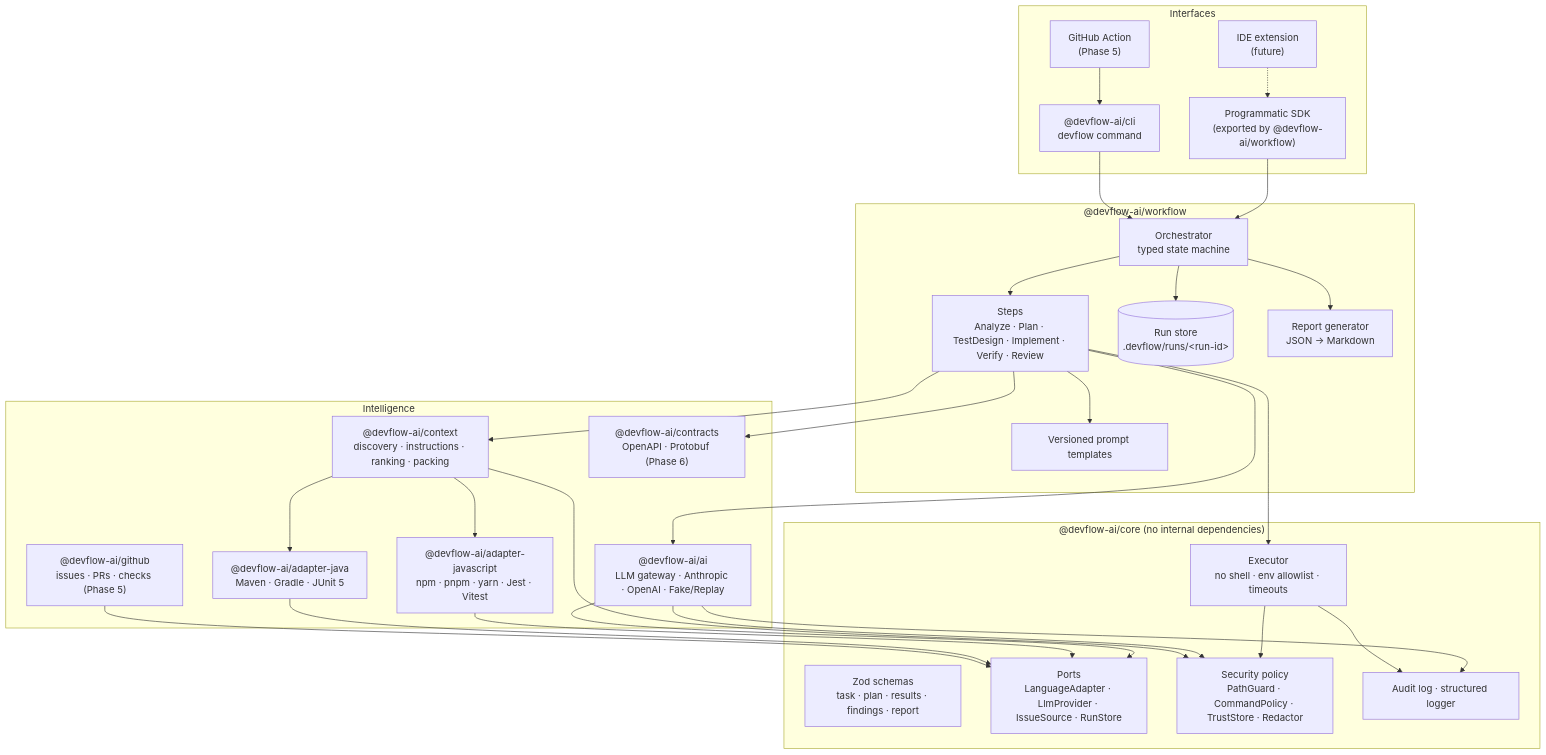
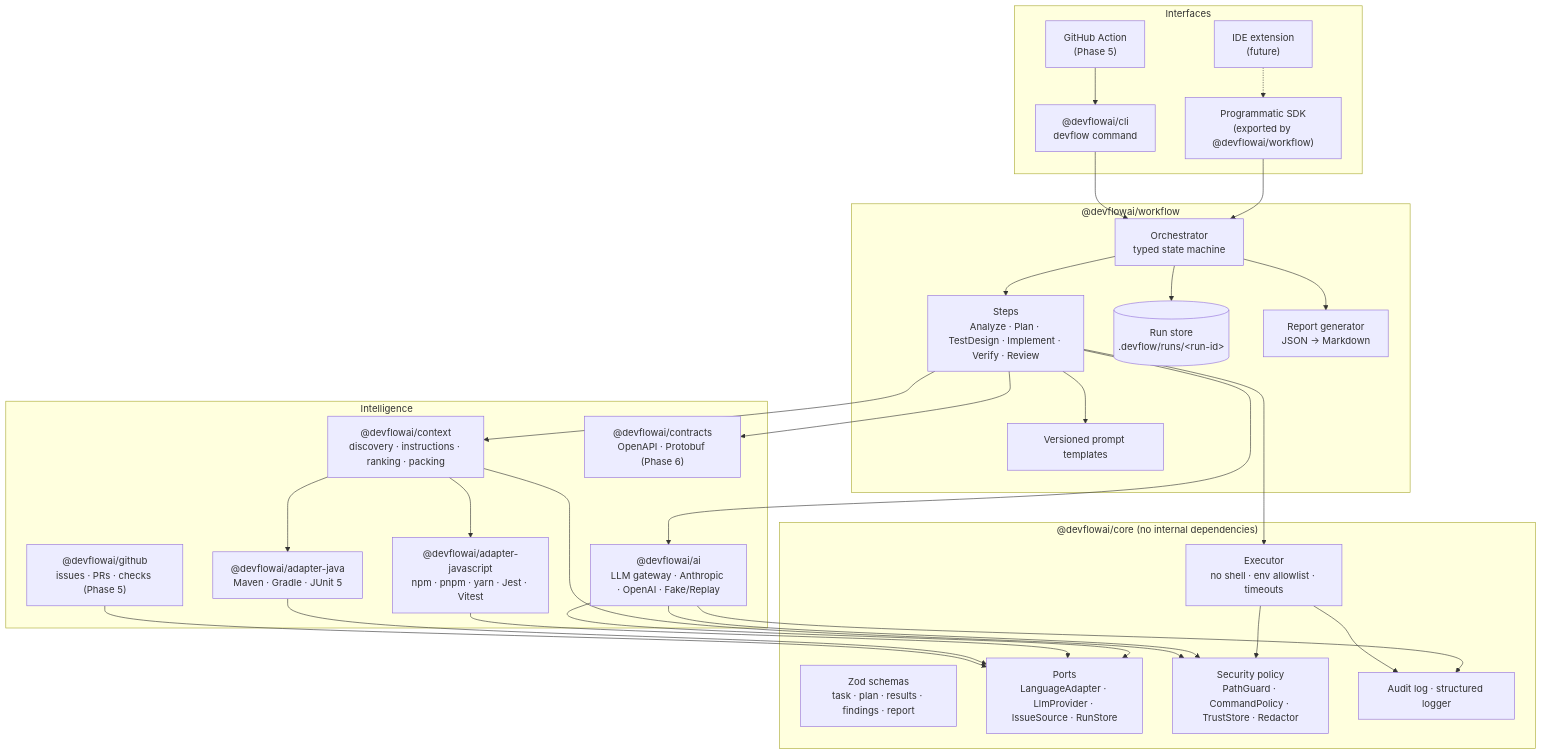
One commit to mohamedyangui/DevFlow changed the first of 3 diagrams in docs/design/architecture-proposal.md. Above: the diagram before and after it, drawn with Mermaid. The commit also changed other lines of this file and 216 other files, not shown here.

First line of the commit message:
npm scope is @devflowai

````diff
--- a/docs/design/architecture-proposal.md
+++ b/docs/design/architecture-proposal.md
@@ -51,58 +51,58 @@
 ```mermaid
 flowchart TB
   subgraph IF["Interfaces"]
-    CLI["@devflow-ai/cli<br/>devflow command"]
-    SDK["Programmatic SDK<br/>(exported by @devflow-ai/workflow)"]
+    CLI["@devflowai/cli<br/>devflow command"]
+    SDK["Programmatic SDK<br/>(exported by @devflowai/workflow)"]
     GHA["GitHub Action<br/>(Phase 5)"]
     IDE["IDE extension<br/>(future)"]
   end
 
-  subgraph WF["@devflow-ai/workflow"]
+  subgraph WF["@devflowai/workflow"]
     ORCH["Orchestrator<br/>typed state machine"]
     STEPS["Steps<br/>Analyze · Plan · TestDesign · Implement · Verify · Review"]
     PROMPTS["Versioned prompt templates"]
     STORE[("Run store<br/>.devflow/runs/&lt;run-id&gt;")]
     REPORT["Report generator<br/>JSON → Markdown"]
   end
 
   subgraph INT["Intelligence"]
-    CTX["@devflow-ai/context<br/>discovery · instructions · ranking · packing"]
-    AI["@devflow-ai/ai<br/>LLM gateway · Anthropic · OpenAI · Fake/Replay"]
-    AJ["@devflow-ai/adapter-java<br/>Maven · Gradle · JUnit 5"]
-    AJS["@devflow-ai/adapter-javascript<br/>npm · pnpm · yarn · Jest · Vitest"]
-    CON["@devflow-ai/contracts<br/>OpenAPI · Protobuf (Phase 6)"]
-    GH["@devflow-ai/github<br/>issues · PRs · checks (Phase 5)"]
+    CTX["@devflowai/context<br/>discovery · instructions · ranking · packing"]
+    AI["@devflowai/ai<br/>LLM gateway · Anthropic · OpenAI · Fake/Replay"]
+    AJ["@devflowai/adapter-java<br/>Maven · Gradle · JUnit 5"]
+    AJS["@devflowai/adapter-javascript<br/>npm · pnpm · yarn · Jest · Vitest"]
+    CON["@devflowai/contracts<br/>OpenAPI · Protobuf (Phase 6)"]
+    GH["@devflowai/github<br/>issues · PRs · checks (Phase 5)"]
   end
 
-  subgraph CORE["@devflow-ai/core (no internal dependencies)"]
+  subgraph CORE["@devflowai/core (no internal dependencies)"]
     SCH["Zod schemas<br/>task · plan · results · findings · report"]
     PORTS["Ports<br/>LanguageAdapter · LlmProvider · IssueSource · RunStore"]
     POL["Security policy<br/>PathGuard · CommandPolicy · TrustStore · Redactor"]
     EXE["Executor<br/>no shell · env allowlist · timeouts"]
     AUD["Audit log · structured logger"]
   end
 
   CLI --> ORCH
   SDK --> ORCH
   GHA --> CLI
   IDE -.-> SDK
   ORCH --> STEPS
   STEPS --> PROMPTS
   ORCH --> STORE
   ORCH --> REPORT
   STEPS --> CTX
   STEPS --> AI
   STEPS --> CON
   CTX --> AJ
   CTX --> AJS
   STEPS --> EXE
   GH --> PORTS
   AJ --> PORTS
   AJS --> PORTS
   AI --> PORTS
   CTX --> POL
   AI --> POL
   EXE --> POL
   EXE --> AUD
   AI --> AUD
 ```
````
